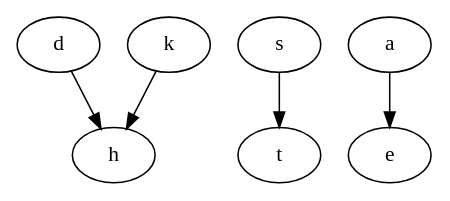
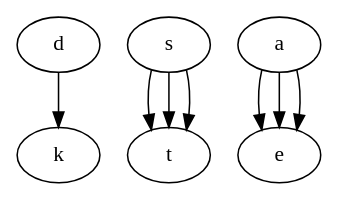
The diagram in Graphs-PC/pc_base_graph_c1.gv (LanLi2017/prov-transfer-learning), drawn with Graphviz before and after one commit. The commit also changed 22 other files, not shown here.

Commit message:
update jupyternotebook for showing figure:merging process

```diff
--- a/Graphs-PC/pc_base_graph_c1.gv
+++ b/Graphs-PC/pc_base_graph_c1.gv
@@ -1,15 +1,18 @@
 digraph "Base-Graph-Conflict1" {
 	d
-	h
 	k
-	h
 	s
 	t
 	a
 	e
-	d -> h
-	k -> h
+	d -> k
+	s -> t
+	a -> e
+	node [fillcolor="#FFFFCC" shape=circle style="rounded,filled"]
+	s -> t
+	a -> e
+	node [fillcolor="#FFFFCC" shape=circle style="rounded,filled"]
 	s -> t
 	a -> e
 	node [fillcolor="#FFFFCC" shape=circle style="rounded,filled"]
 }
```
